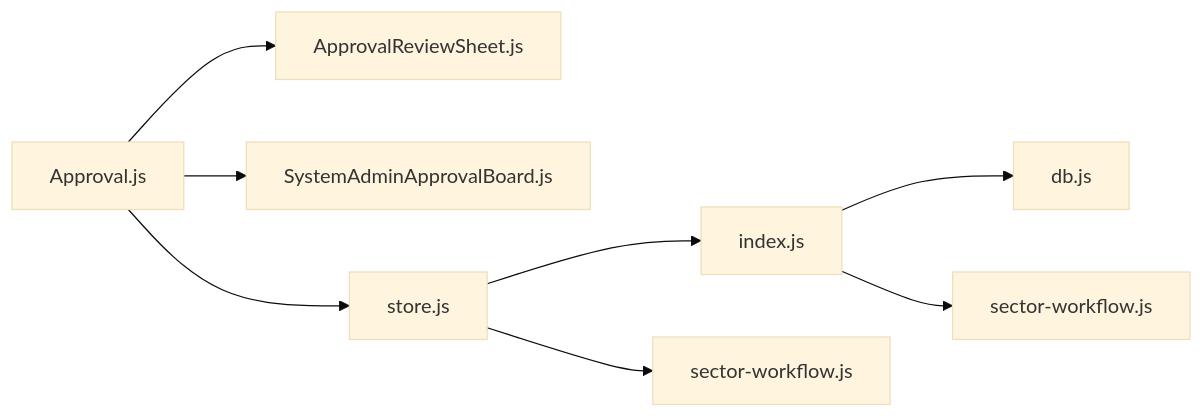
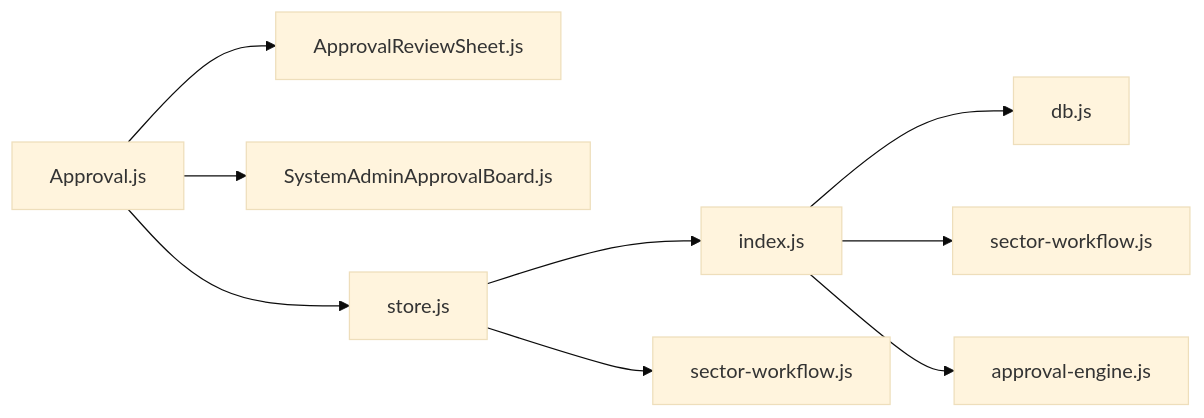
One commit to marcelxu0272/202605_project-tracking-table changed the seventh of 7 diagrams in .qoder/repowiki/zh/content/核心业务模块/审批工作流系统.md. Above: the diagram before and after it, drawn with Mermaid (base theme). The commit also changed other lines of this file and 15 other files, not shown here.

````diff
--- a/.qoder/repowiki/zh/content/核心业务模块/审批工作流系统.md
+++ b/.qoder/repowiki/zh/content/核心业务模块/审批工作流系统.md
@@ -339,10 +362,11 @@
 ```mermaid
 graph LR
 V_Approval["Approval.js"] --> C_Review["ApprovalReviewSheet.js"]
 V_Approval --> C_AdminBoard["SystemAdminApprovalBoard.js"]
 V_Approval --> S_Store["store.js"]
 S_Store --> B_Index["index.js"]
 B_Index --> B_DB["db.js"]
 B_Index --> B_SectorWF["sector-workflow.js"]
+B_Index --> B_ApprovalEngine["approval-engine.js"]
 S_Store --> F_SectorWF["sector-workflow.js"]
 ```
````
